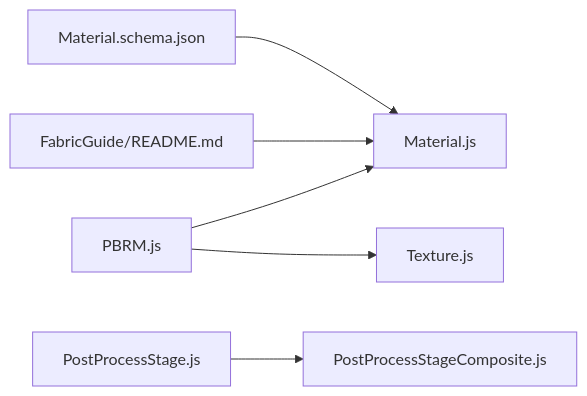
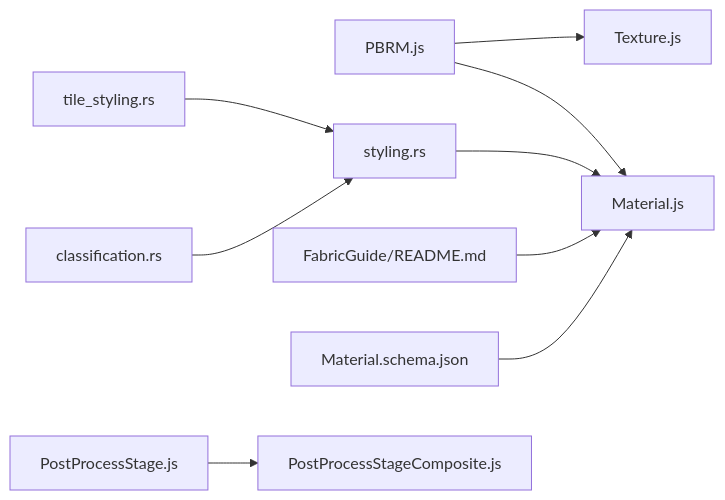
The sixth of 6 diagrams in .qoder/repowiki/zh/content/实体和几何体/材质系统/材质系统.md (rzhangjing/cesium), drawn with Mermaid before and after one commit. The commit also changed other lines of this file and 74 other files, not shown here.

````diff
--- a/.qoder/repowiki/zh/content/实体和几何体/材质系统/材质系统.md
+++ b/.qoder/repowiki/zh/content/实体和几何体/材质系统/材质系统.md
@@ -269,8 +329,11 @@
 ```mermaid
 graph LR
 PBR["PBRM.js"] --> MAT["Material.js"]
 PBR --> TEX["Texture.js"]
 PP["PostProcessStage.js"] --> PPC["PostProcessStageComposite.js"]
 FAB["FabricGuide/README.md"] --> MAT
 SCHEMA["Material.schema.json"] --> MAT
+STYLE["styling.rs"] --> MAT
+CLASSIFY["classification.rs"] --> STYLE
+TILE["tile_styling.rs"] --> STYLE
 ```
````
